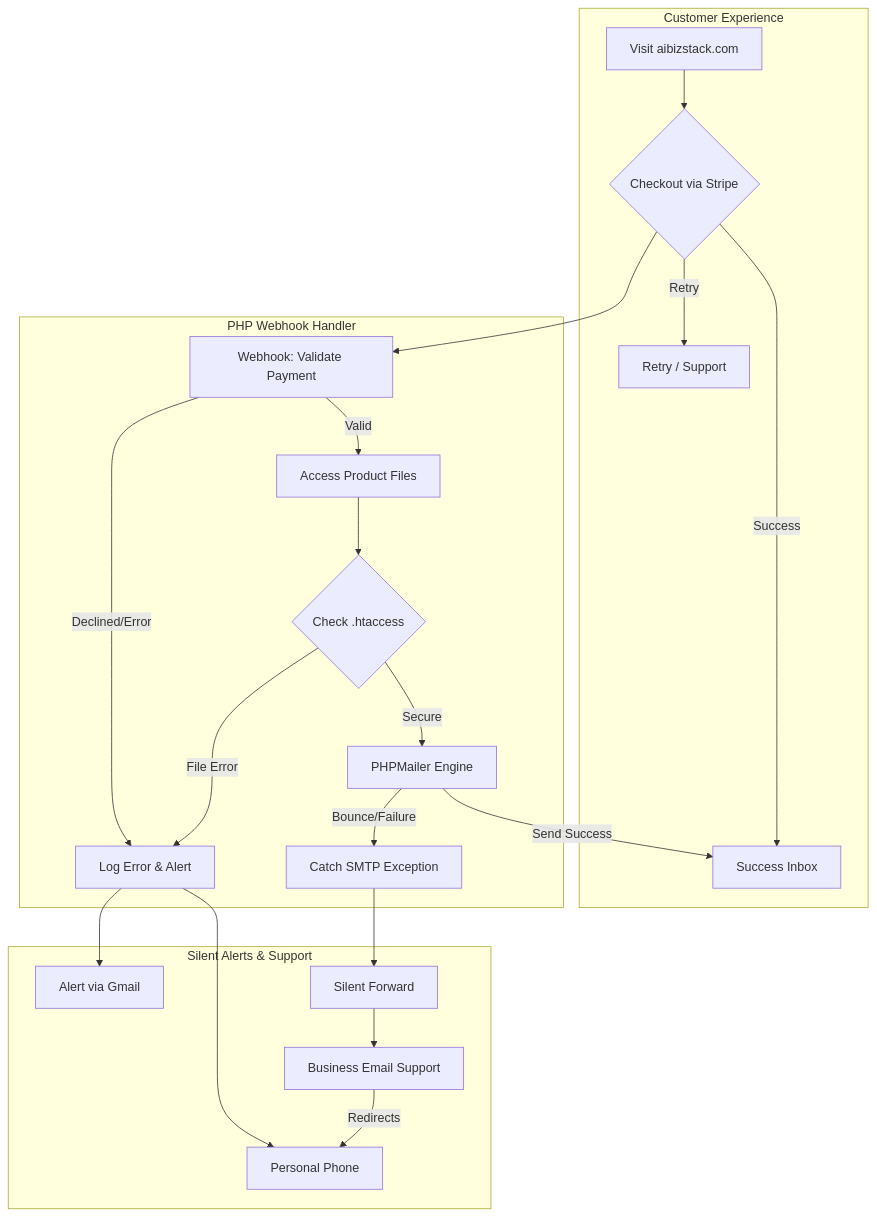
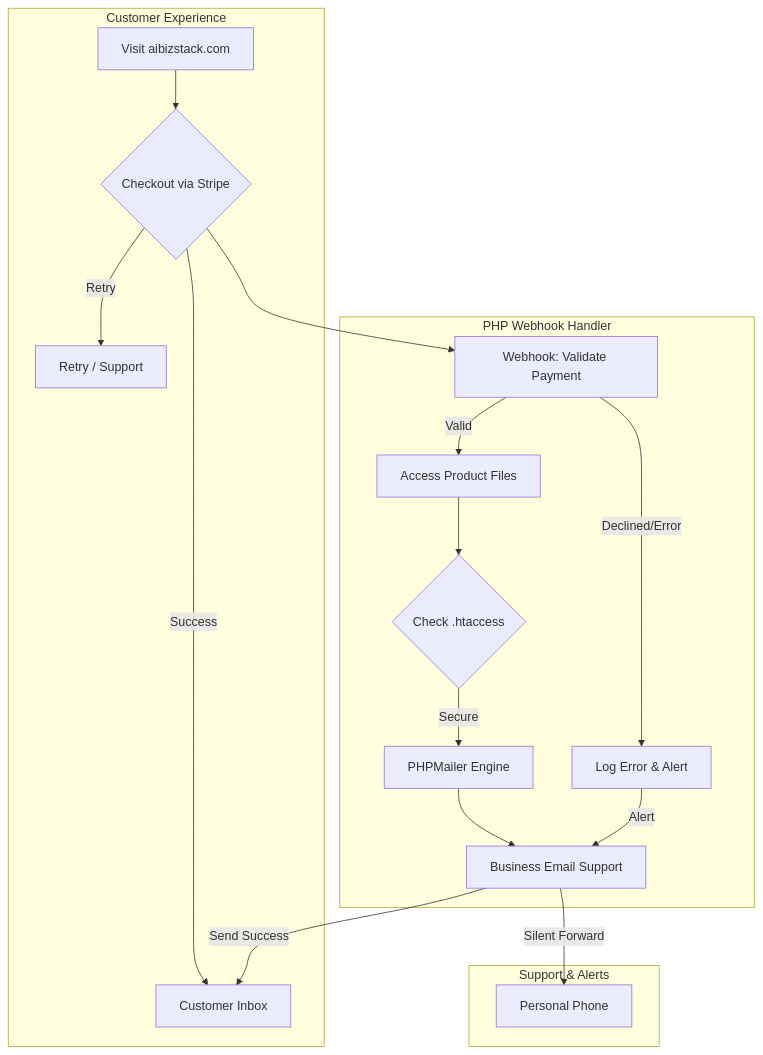
One commit to dougfret-sudo/AIBizstack-system- changed the diagram in README.md. Above: the diagram before and after it, drawn with Mermaid.

````diff
--- a/README.md
+++ b/README.md
@@ -1,29 +1,25 @@
 ```mermaid
 graph TD
   subgraph Customer_Side [Customer Experience]
         A[Visit aibizstack.com] --> B{Checkout via Stripe}
         B -- Success --> C[Success Inbox]
         B -- Retry --> D[Retry / Support]
     end
 
-    subgraph Logic_Layer [PHP Webhook Handler]
+ subgraph Logic_Layer [PHP Webhook Handler]
         B --> E[Webhook: Validate Payment]
         E -- Valid --> F[Access Product Files]
         E -- Declined/Error --> G[Log Error & Alert]
         
         F --> H{Check .htaccess}
         H -- Secure --> I[PHPMailer Engine]
-        H -- File Error --> G
         
-        I -- Send Success --> C
-        I -- Bounce/Failure --> J[Catch SMTP Exception]
+        I --> N[Business Email Support]
     end
 
-    subgraph Monitoring_Layer [Silent Alerts & Support]
-        G --> K[Alert via Gmail]
-        G --> L[Personal Phone]
-        J --> M[Silent Forward]
-        M --> N[Business Email Support]
-        N -- Redirects --> L
+    subgraph Monitoring_Layer [Support & Alerts]
+        N -- Send Success --> C[Customer Inbox]
+        N -- Silent Forward --> L[Personal Phone]
+        G -- Alert --> N
     end
 ```
````
